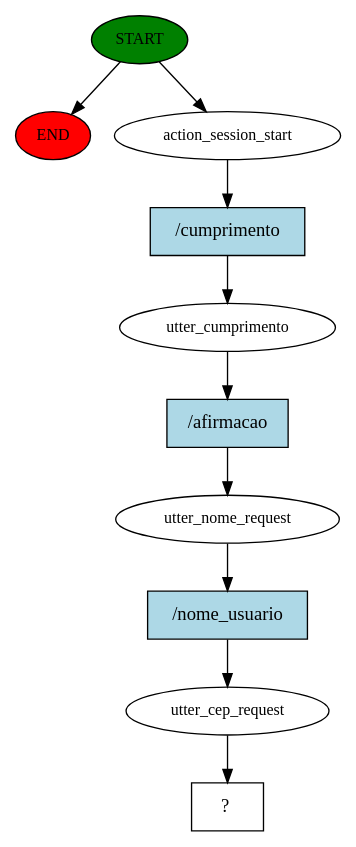
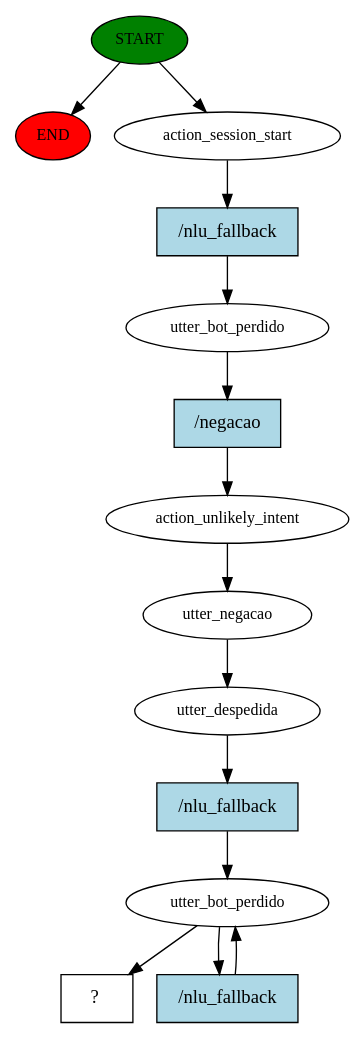
Before and after one commit to JuanFSR/JAM-Bot: the diagram in src/story_graph.dot, drawn with Graphviz. The commit also changed 3 other files, not shown here.

Commit message:
feat/entregavel-7: adding bot perdido

```diff
--- a/src/story_graph.dot
+++ b/src/story_graph.dot
@@ -1,21 +1,28 @@
 digraph  {
 0 [class="start active", fillcolor=green, fontsize=12, label=START, style=filled];
 "-1" [class=end, fillcolor=red, fontsize=12, label=END, style=filled];
 1 [class=active, fontsize=12, label=action_session_start];
-2 [class=active, fontsize=12, label=utter_cumprimento];
-3 [class=active, fontsize=12, label=utter_nome_request];
-4 [class=active, fontsize=12, label=utter_cep_request];
-5 [class="intent dashed active", label="  ?  ", shape=rect];
-6 [class="intent active", fillcolor=lightblue, label="/cumprimento", shape=rect, style=filled];
-7 [class="intent active", fillcolor=lightblue, label="/afirmacao", shape=rect, style=filled];
-8 [class="intent active", fillcolor=lightblue, label="/nome_usuario", shape=rect, style=filled];
+2 [class=active, fontsize=12, label=utter_bot_perdido];
+3 [class=active, fontsize=12, label=action_unlikely_intent];
+4 [class=active, fontsize=12, label=utter_negacao];
+5 [class=active, fontsize=12, label=utter_despedida];
+6 [class=active, fontsize=12, label=utter_bot_perdido];
+8 [class="intent dashed active", label="  ?  ", shape=rect];
+9 [class="intent active", fillcolor=lightblue, label="/nlu_fallback", shape=rect, style=filled];
+10 [class="intent active", fillcolor=lightblue, label="/negacao", shape=rect, style=filled];
+11 [class="intent active", fillcolor=lightblue, label="/nlu_fallback", shape=rect, style=filled];
+12 [class="intent active", fillcolor=lightblue, label="/nlu_fallback", shape=rect, style=filled];
 0 -> "-1"  [class="", key=NONE, label=""];
 0 -> 1  [class=active, key=NONE, label=""];
-1 -> 6  [class=active, key=0];
-2 -> 7  [class=active, key=0];
-3 -> 8  [class=active, key=0];
+1 -> 9  [class=active, key=0];
+2 -> 10  [class=active, key=0];
+3 -> 4  [class=active, key=NONE, label=""];
 4 -> 5  [class=active, key=NONE, label=""];
-6 -> 2  [class=active, key=0];
-7 -> 3  [class=active, key=0];
-8 -> 4  [class=active, key=0];
+5 -> 11  [class=active, key=0];
+6 -> 8  [class=active, key=NONE, label=""];
+6 -> 12  [class=active, key=0];
+9 -> 2  [class=active, key=0];
+10 -> 3  [class=active, key=0];
+11 -> 6  [class=active, key=0];
+12 -> 6  [class=active, key=0];
 }
```
